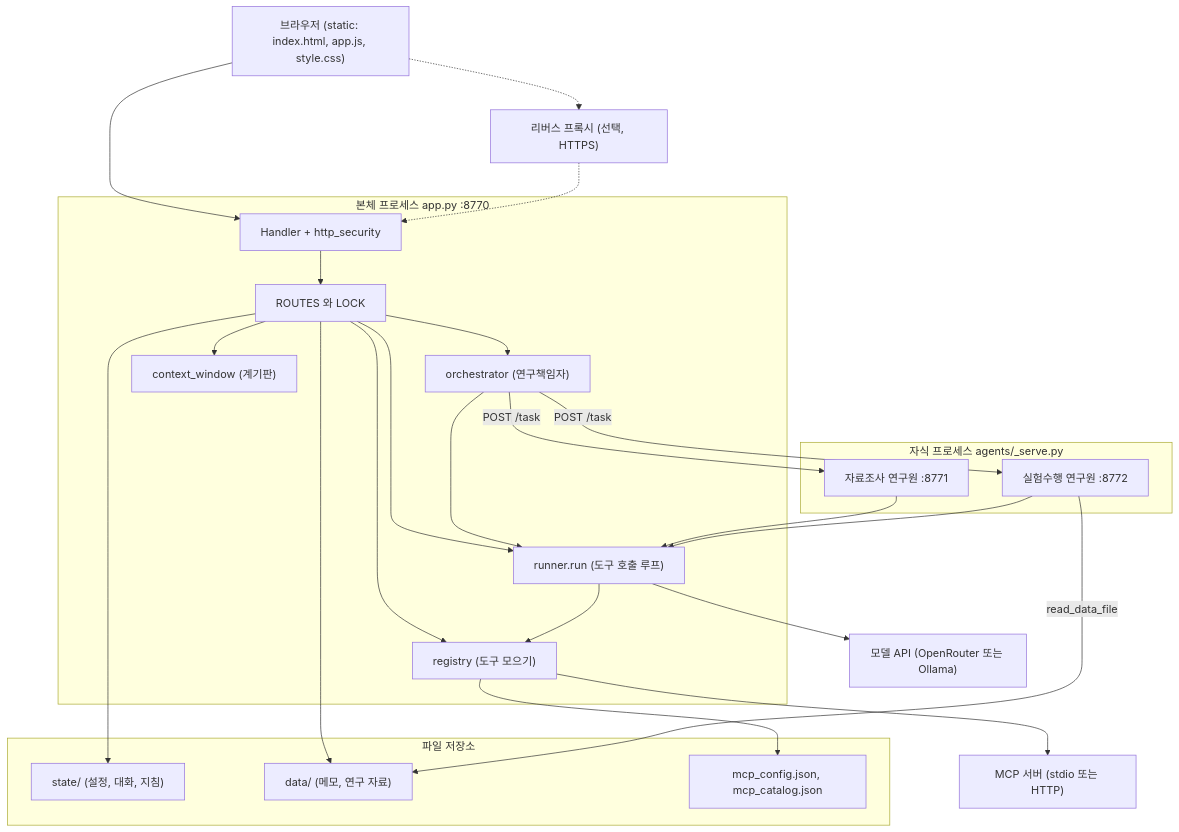
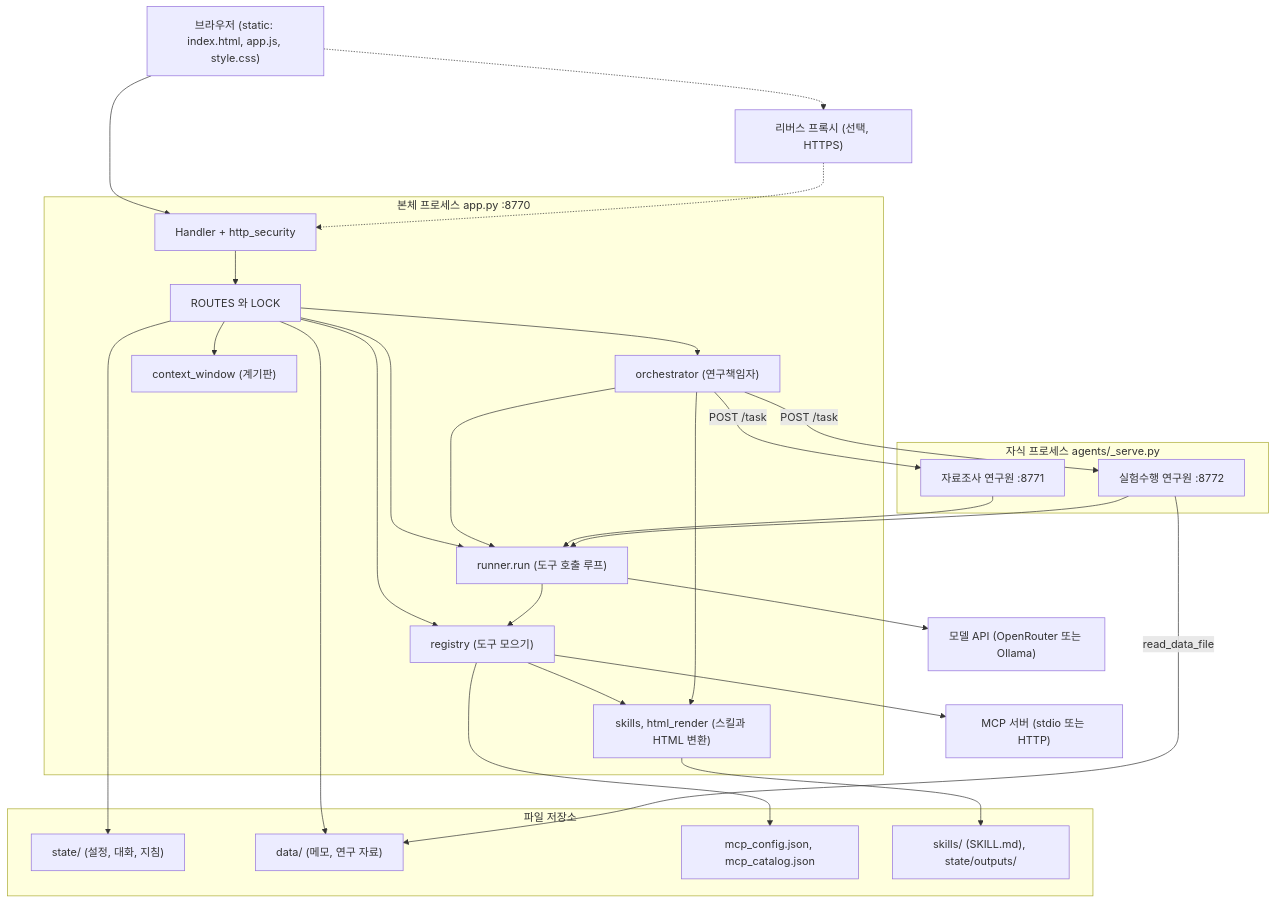
The first of 3 diagrams in documents/system-architecture.md (suhwanju-ai/PersonalAgent), drawn with Mermaid before and after one commit. The commit also changed other lines of this file and 9 other files, not shown here.

````diff
--- a/documents/system-architecture.md
+++ b/documents/system-architecture.md
@@ -23,45 +25,50 @@
 ```mermaid
 graph TD
     Browser["브라우저 (static: index.html, app.js, style.css)"]
     Proxy["리버스 프록시 (선택, HTTPS)"]
     subgraph Main["본체 프로세스 app.py :8770"]
         Handler["Handler + http_security"]
         Routes["ROUTES 와 LOCK"]
         Orch["orchestrator (연구책임자)"]
         Runner["runner.run (도구 호출 루프)"]
         Registry["registry (도구 모으기)"]
+        Skills["skills, html_render (스킬과 HTML 변환)"]
         Meter["context_window (계기판)"]
     end
     subgraph Children["자식 프로세스 agents/_serve.py"]
         Research["자료조사 연구원 :8771"]
         Experiment["실험수행 연구원 :8772"]
     end
     subgraph Storage["파일 저장소"]
         State["state/ (설정, 대화, 지침)"]
         Data["data/ (메모, 연구 자료)"]
         Mcpcfg["mcp_config.json, mcp_catalog.json"]
+        SkillFiles["skills/ (SKILL.md), state/outputs/"]
     end
     LLM["모델 API (OpenRouter 또는 Ollama)"]
     McpSrv["MCP 서버 (stdio 또는 HTTP)"]
 
     Browser --> Handler
     Browser -.-> Proxy
     Proxy -.-> Handler
     Handler --> Routes
     Routes --> Orch
     Routes --> Runner
     Routes --> Registry
     Routes --> Meter
     Orch --> Runner
     Orch -->|"POST /task"| Research
     Orch -->|"POST /task"| Experiment
     Research --> Runner
     Experiment --> Runner
     Runner --> LLM
     Runner --> Registry
     Registry --> McpSrv
+    Registry --> Skills
+    Orch --> Skills
+    Skills --> SkillFiles
     Routes --> State
     Routes --> Data
     Registry --> Mcpcfg
     Experiment -->|"read_data_file"| Data
 ```
````
